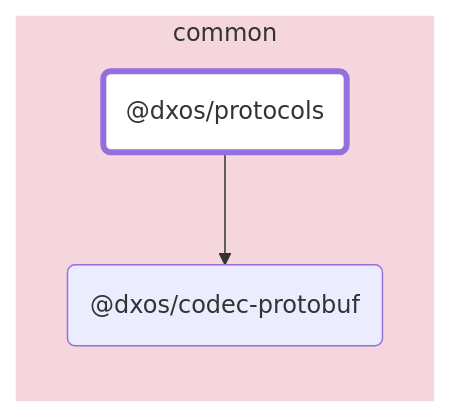
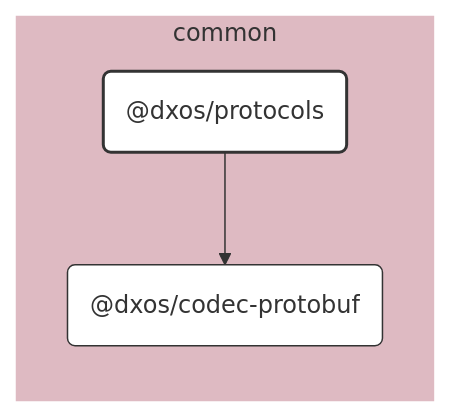
One commit to dxos/dxos changed the diagram in packages/common/protocols/docs/README.md. Above: the diagram before and after it, drawn with Mermaid. The commit also changed 100 other files, not shown here.

````diff
--- a/packages/common/protocols/docs/README.md
+++ b/packages/common/protocols/docs/README.md
@@ -7,15 +7,29 @@
 ```mermaid
-flowchart LR;
+%%{ init: {'flowchart':{'curve':'basis'}} }%%
 
-style dxos/protocols fill:#fff,stroke-width:4px;
+flowchart LR
 
-click dxos/codec-protobuf "https:/github.com/dxos/dxos/tree/main/packages/common/codec-protobuf/docs";
+%% Links
+dxos/protocols --> dxos/codec-protobuf;
 
+%% Sections
 subgraph common
-  style common fill:#f5d6dd,stroke:#fff;
-  dxos/protocols("@dxos/protocols");
-  dxos/codec-protobuf("@dxos/codec-protobuf");
+  style common fill:#debac2,stroke:#fff;
+
+  dxos/codec-protobuf("@dxos/codec-protobuf")
+  dxos/protocols("@dxos/protocols")
 end
 
-dxos/protocols --> dxos/codec-protobuf;
+
+%% Hyperlinks
+click dxos/codec-protobuf href "https:/github.com/dxos/dxos/tree/main/packages/common/codec-protobuf/docs";
+
+%% Styles
+classDef rootNode fill:#fff,stroke:#333,stroke-width:2px
+classDef defaultNode fill:#fff,stroke:#333,stroke-width:1px
+linkStyle default stroke:#333,stroke-width:1px
+
+dxos/protocols:::rootNode
+
+dxos/codec-protobuf:::defaultNode
 ```
````
